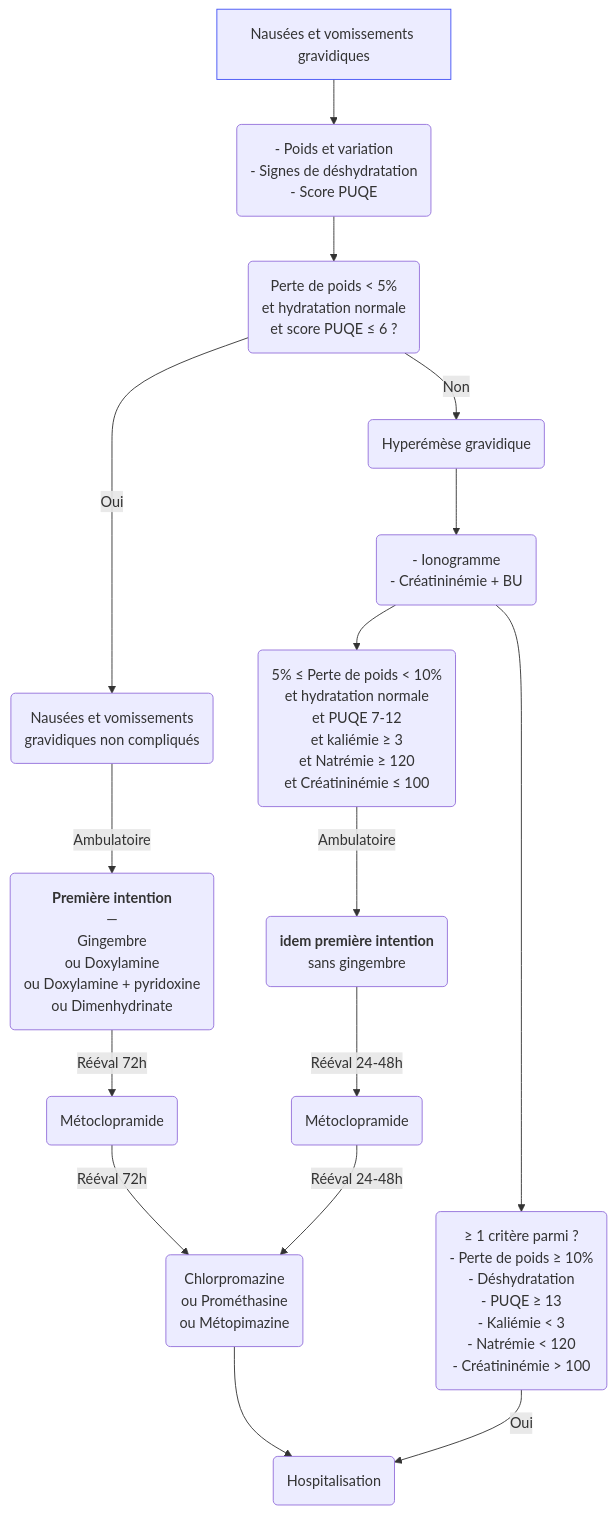
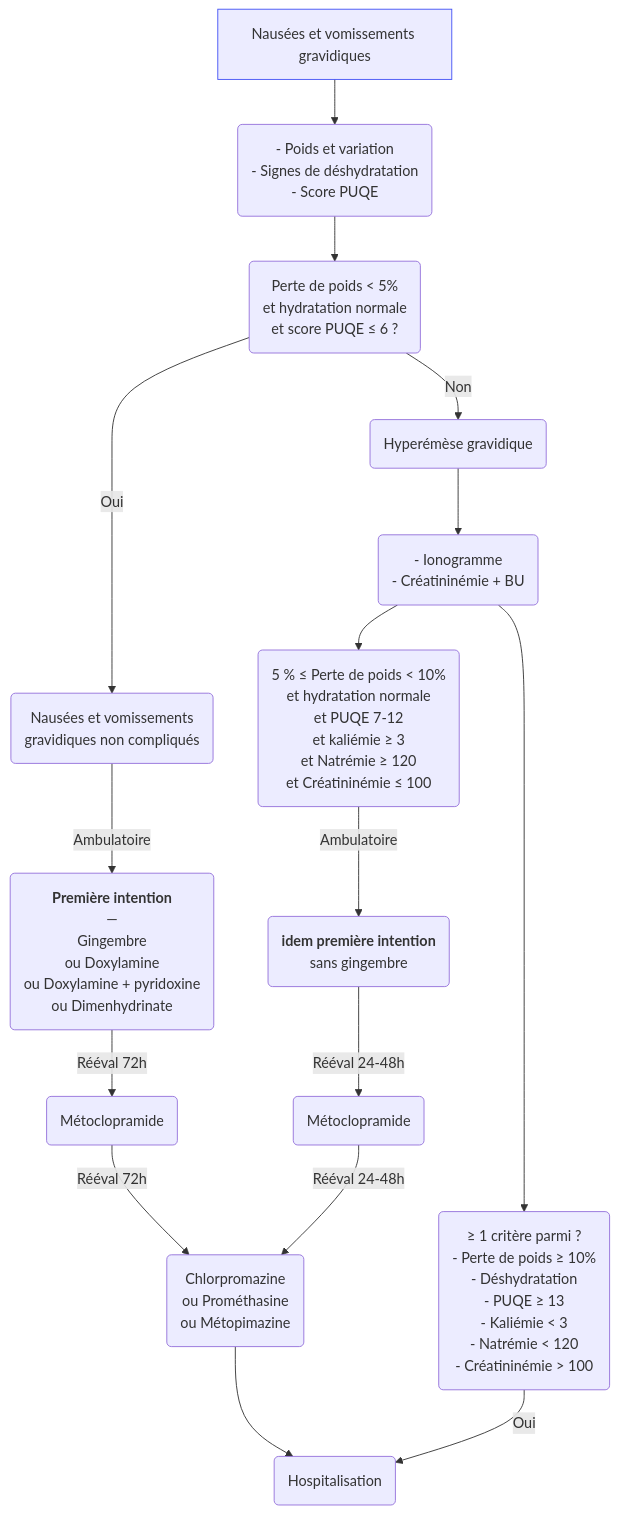
One commit to djibe/recommandations-medicales changed the diagram in content/recommandations/vomissements-grossesse-hyperemese-gravidique.md. Above: the diagram before and after it, drawn with Mermaid. The commit also changed other lines of this file and 163 other files, not shown here.

```diff
--- a/content/recommandations/vomissements-grossesse-hyperemese-gravidique.md
+++ b/content/recommandations/vomissements-grossesse-hyperemese-gravidique.md
@@ -150,9 +150,9 @@
 {{< mermaid title="Prise en charge des nausées et des vomissements pendant la grossesse ainsi que de l'hyperémèse gravidique. Dr JB Fron d'après CNGOF 2022" >}}
 graph TB
   nausees[Nausées et vomissements gravidiques] --> clinique("- Poids et variation<br>- Signes de déshydratation<br>- Score PUQE") --> critères("Perte de poids &lt; 5%<br>et hydratation normale<br>et score PUQE ≤ 6 ?")
   style nausees stroke:#4150f5, stroke-width:1px
     critères -- Oui --> nonCompliqué(Nausées et vomissements<br>gravidiques non compliqués) -- Ambulatoire --> ligne1("<b>Première intention</b><br>—<br>Gingembre<br>ou Doxylamine<br>ou Doxylamine + pyridoxine<br>ou Dimenhydrinate") -- Rééval 72h --> métoclopramide(Métoclopramide) -- Rééval 72h --> ligne3(Chlorpromazine<br>ou Prométhasine<br>ou Métopimazine) --> hospitalisation(Hospitalisation)
     critères -- Non --> hyperémèse(Hyperémèse gravidique) --> bilan("- Ionogramme<br>- Créatininémie + BU")
-      bilan --> correct("5% ≤ Perte de poids &lt; 10%<br>et hydratation normale<br>et PUQE 7-12<br>et kaliémie ≥ 3<br>et Natrémie ≥ 120<br>et Créatininémie ≤ 100") -- Ambulatoire --> ligneh1(<b>idem première intention</b><br>sans gingembre) -- Rééval 24-48h --> ligneh2(Métoclopramide) -- Rééval 24-48h --> ligne3
+      bilan --> correct("5 % ≤ Perte de poids &lt; 10%<br>et hydratation normale<br>et PUQE 7-12<br>et kaliémie ≥ 3<br>et Natrémie ≥ 120<br>et Créatininémie ≤ 100") -- Ambulatoire --> ligneh1(<b>idem première intention</b><br>sans gingembre) -- Rééval 24-48h --> ligneh2(Métoclopramide) -- Rééval 24-48h --> ligne3
       bilan --> grave("≥ 1 critère parmi ?<br>- Perte de poids ≥ 10%<br>- Déshydratation<br>- PUQE ≥ 13<br>- Kaliémie &lt; 3<br>- Natrémie &lt; 120<br>- Créatininémie &gt; 100") -- Oui --> hospitalisation
 {{< /mermaid >}}
```
